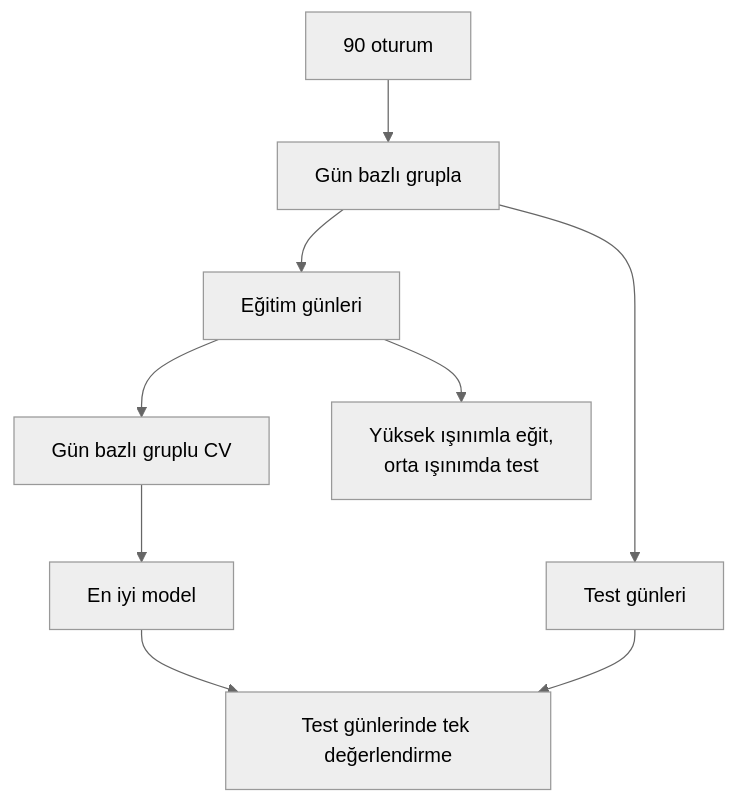
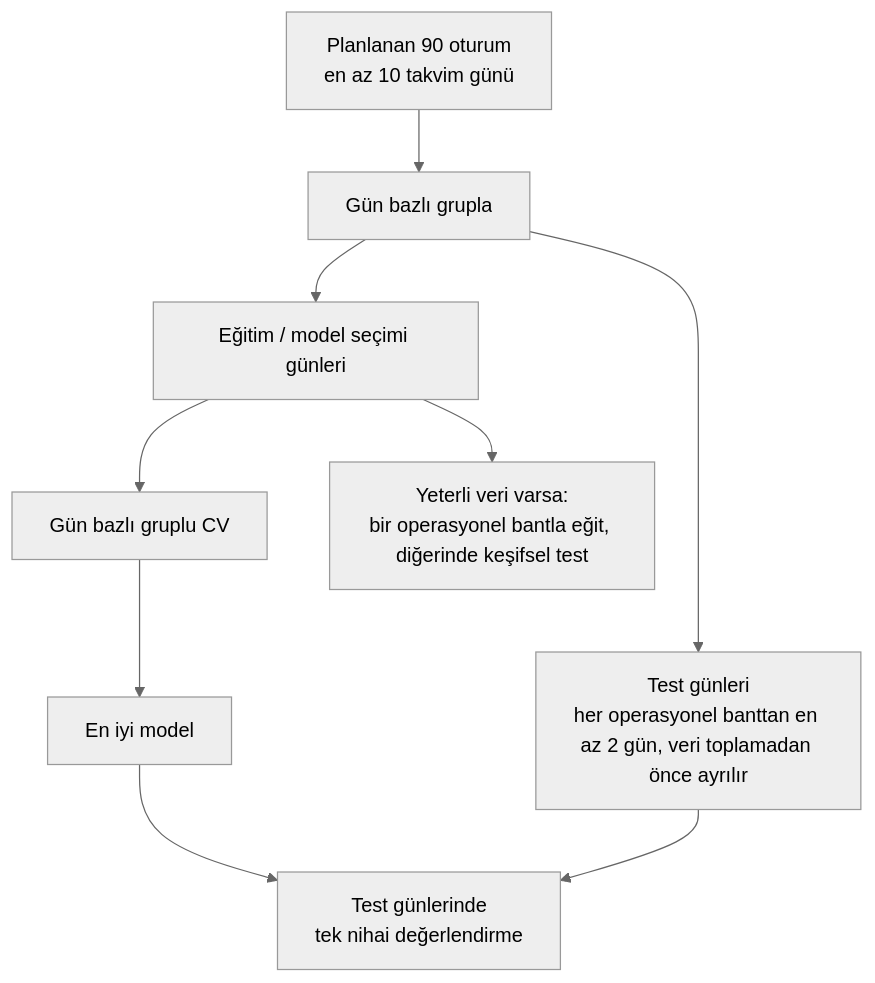
The third of 4 diagrams in Gunes_Paneli_Ariza/15_DIYAGRAMLAR.md (Zeki-wq/tubitak2209), drawn with Mermaid (neutral theme) before and after one commit. The commit also changed other lines of this file and 114 other files, not shown here.

````diff
--- a/Gunes_Paneli_Ariza/15_DIYAGRAMLAR.md
+++ b/Gunes_Paneli_Ariza/15_DIYAGRAMLAR.md
@@ -36,11 +40,11 @@
 ```mermaid
 flowchart TB
-    O[90 oturum] --> GN[Gün bazlı grupla]
-    GN --> E[Eğitim günleri]
-    GN --> T[Test günleri]
+    O[Planlanan 90 oturum<br/>en az 10 takvim günü] --> GN[Gün bazlı grupla]
+    GN --> T[Test günleri<br/>her operasyonel banttan en az 2 gün, veri toplamadan önce ayrılır]
+    GN --> E[Eğitim / model seçimi günleri]
     E --> CV[Gün bazlı gruplu CV]
     CV --> BM[En iyi model]
-    BM --> TT[Test günlerinde tek değerlendirme]
+    BM --> TT[Test günlerinde<br/>tek nihai değerlendirme]
     T --> TT
-    E --> RB[Yüksek ışınımla eğit,<br/>orta ışınımda test]
+    E --> RB[Yeterli veri varsa:<br/>bir operasyonel bantla eğit, diğerinde keşifsel test]
 ```
````
